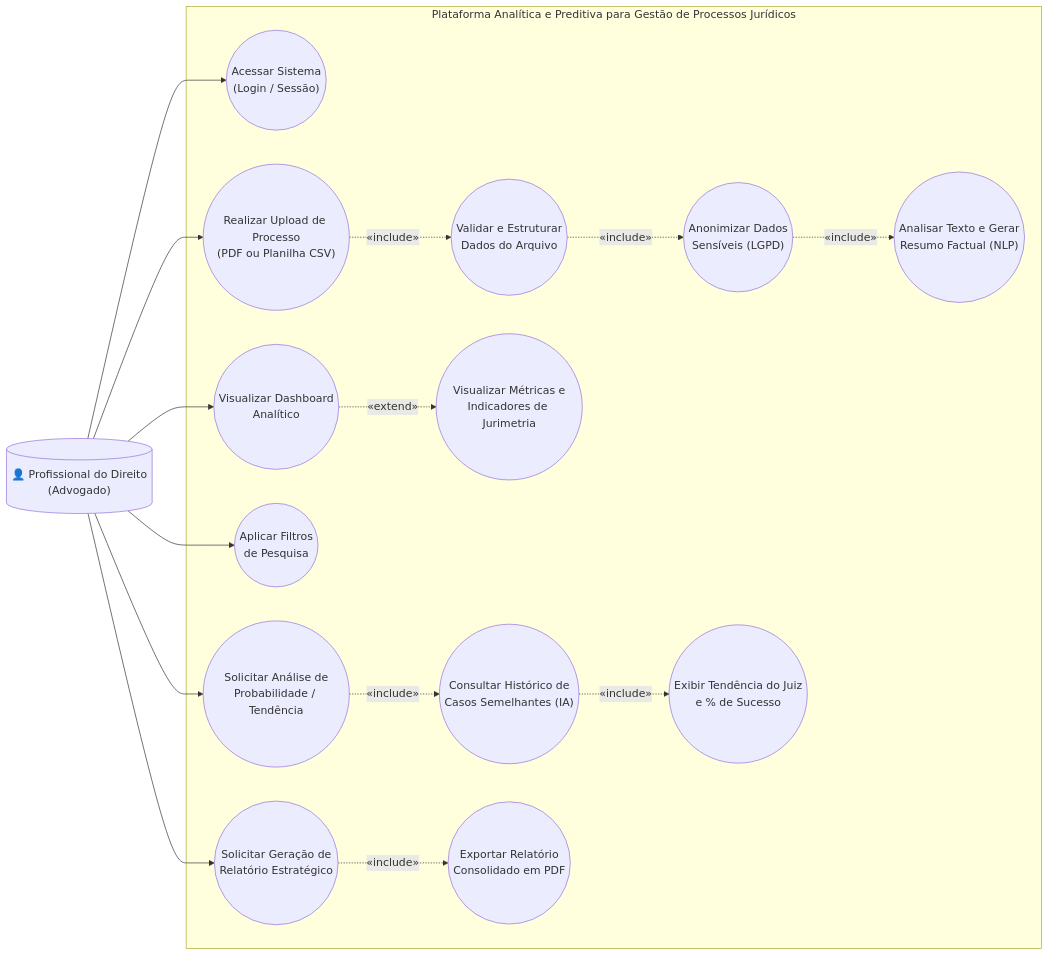
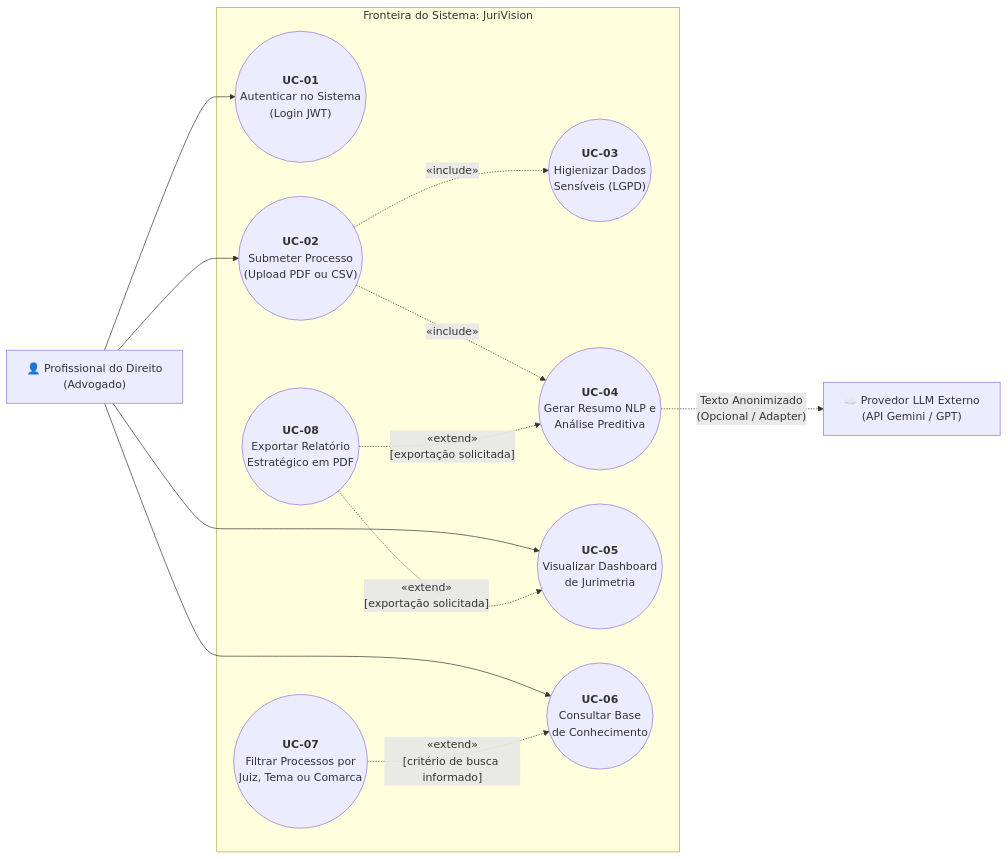
The first of 4 diagrams in docs/MODELING.md (g4brielsiq/JuriVision), drawn with Mermaid before and after one commit. The commit also changed other lines of this file and 8 other files, not shown here.

Commit message:
docs(arquitetura): consolidar baseline ISO 42010, IRP ISO 29148, UML 2.5 e auditoria UX/WCAG

````diff
--- a/docs/MODELING.md
+++ b/docs/MODELING.md
@@ -28,43 +82,34 @@
 ```mermaid
 flowchart LR
-    Actor[("👤 Profissional do Direito<br/>(Advogado)")]
+    Actor["👤 Profissional do Direito<br/>(Advogado)"]
+    ExtLLM["☁️ Provedor LLM Externo<br/>(API Gemini / GPT)"]
 
-    subgraph Plataforma [" Plataforma Analítica e Preditiva para Gestão de Processos Jurídicos "]
-        UC_Auth(("Acessar Sistema<br/>(Login / Sessão)"))
-        UC_Upload(("Realizar Upload de Processo<br/>(PDF ou Planilha CSV)"))
-        UC_Validar(("Validar e Estruturar<br/>Dados do Arquivo"))
-        UC_LGPD(("Anonimizar Dados<br/>Sensíveis (LGPD)"))
-        UC_NLP(("Analisar Texto e Gerar<br/>Resumo Factual (NLP)"))
-        UC_Dashboard(("Visualizar Dashboard<br/>Analítico"))
-        UC_Metricas(("Visualizar Métricas e<br/>Indicadores de Jurimetria"))
-        UC_Filtros(("Aplicar Filtros<br/>de Pesquisa"))
-        UC_Predicao(("Solicitar Análise de<br/>Probabilidade / Tendência"))
-        UC_CasosSimilares(("Consultar Histórico de<br/>Casos Semelhantes (IA)"))
-        UC_ExibirPredicao(("Exibir Tendência do Juiz<br/>e % de Sucesso"))
-        UC_Relatorio(("Solicitar Geração de<br/>Relatório Estratégico"))
-        UC_ExportPDF(("Exportar Relatório<br/>Consolidado em PDF"))
+    subgraph Plataforma [" Fronteira do Sistema: JuriVision "]
+        UC01(("<b>UC-01</b><br/>Autenticar no Sistema<br/>(Login JWT)"))
+        UC02(("<b>UC-02</b><br/>Submeter Processo<br/>(Upload PDF ou CSV)"))
+        UC03(("<b>UC-03</b><br/>Higienizar Dados<br/>Sensíveis (LGPD)"))
+        UC04(("<b>UC-04</b><br/>Gerar Resumo NLP e<br/>Análise Preditiva"))
+        UC05(("<b>UC-05</b><br/>Visualizar Dashboard<br/>de Jurimetria"))
+        UC06(("<b>UC-06</b><br/>Consultar Base<br/>de Conhecimento"))
+        UC07(("<b>UC-07</b><br/>Filtrar Processos por<br/>Juiz, Tema ou Comarca"))
+        UC08(("<b>UC-08</b><br/>Exportar Relatório<br/>Estratégico em PDF"))
     end
 
-    %% Relações do Ator
-    Actor --> UC_Auth
-    Actor --> UC_Upload
-    Actor --> UC_Dashboard
-    Actor --> UC_Filtros
-    Actor --> UC_Predicao
-    Actor --> UC_Relatorio
+    %% Associações do Ator Primário
+    Actor --> UC01
+    Actor --> UC02
+    Actor --> UC05
+    Actor --> UC06
 
-    %% Relacionamentos de Ingestão e IA
-    UC_Upload -.->|«include»| UC_Validar
-    UC_Validar -.->|«include»| UC_LGPD
-    UC_LGPD -.->|«include»| UC_NLP
+    %% Relacionamentos <<include>> (Base -> Incluído)
+    UC02 -.->|"«include»"| UC03
+    UC02 -.->|"«include»"| UC04
 
-    %% Relacionamentos do Dashboard
-    UC_Dashboard -.->|«extend»| UC_Metricas
+    %% Relacionamentos <<extend>> na direção correta UML 2.5 (Estensor -> Base)
+    UC07 -.->|"«extend»<br/>[critério de busca informado]"| UC06
+    UC08 -.->|"«extend»<br/>[exportação solicitada]"| UC04
+    UC08 -.->|"«extend»<br/>[exportação solicitada]"| UC05
 
-    %% Relacionamentos da Predição
-    UC_Predicao -.->|«include»| UC_CasosSimilares
-    UC_CasosSimilares -.->|«include»| UC_ExibirPredicao
-
-    %% Relacionamentos de Exportação
-    UC_Relatorio -.->|«include»| UC_ExportPDF
+    %% Associação com Ator Secundário (somente texto já anonimizado)
+    UC04 -.->|"Texto Anonimizado<br/>(Opcional / Adapter)"| ExtLLM
 ```
````
